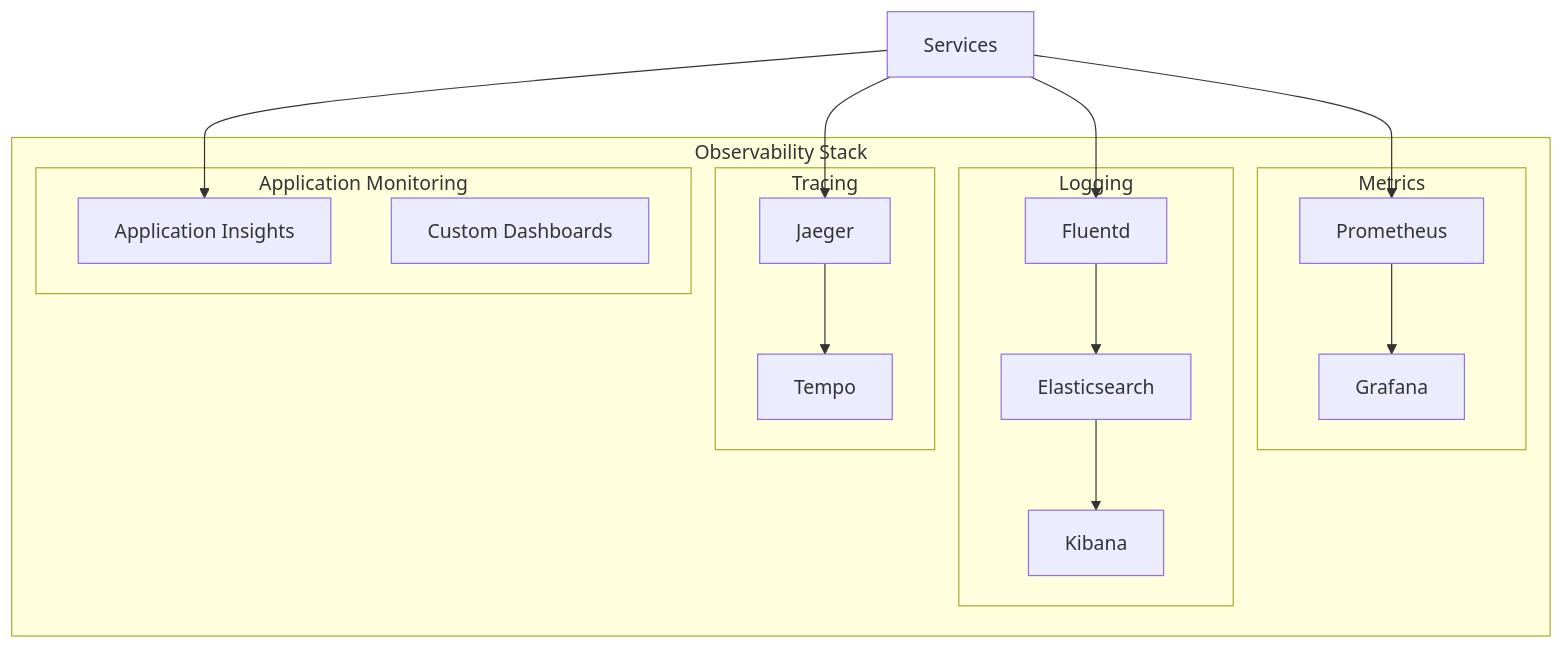
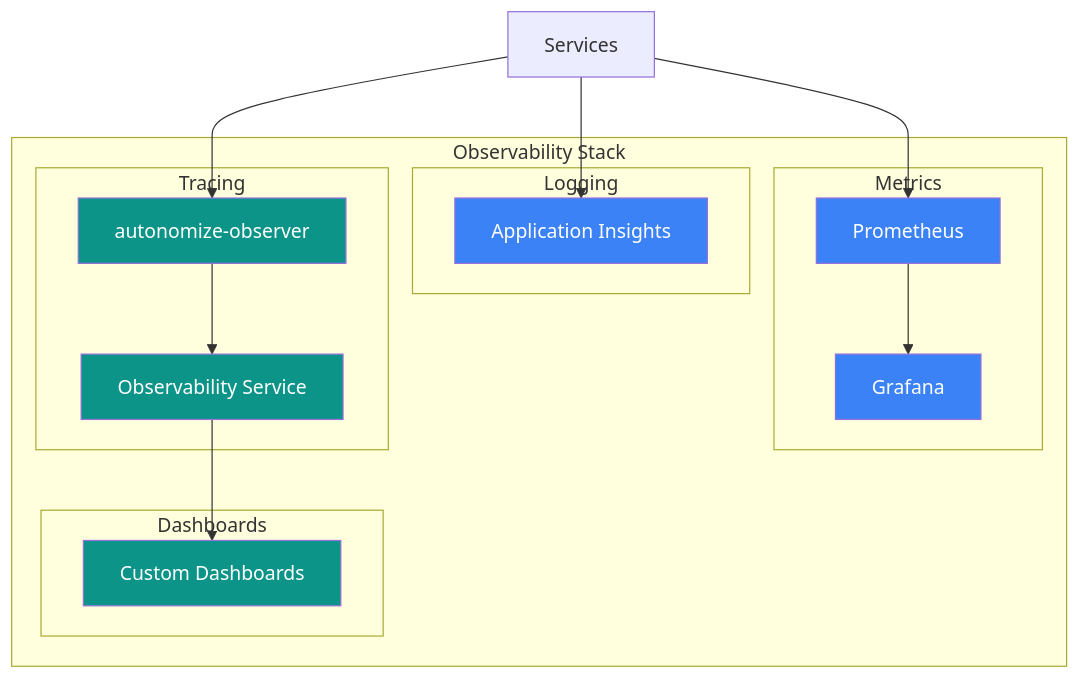
One commit to mlflow/mlflow changed diagram 16 of 17 in GENESIS_PLATFORM_MICROSERVICES_ARCHITECTURE.md. Above: the diagram before and after it, drawn with Mermaid. The commit also changed other lines of this file and 1 other file, not shown here.

First line of the commit message:
Simplify microservices architecture and improve diagram visibility

````diff
--- a/GENESIS_PLATFORM_MICROSERVICES_ARCHITECTURE.md
+++ b/GENESIS_PLATFORM_MICROSERVICES_ARCHITECTURE.md
@@ -681,35 +699,37 @@
 ```mermaid
 graph TD
     subgraph "Observability Stack"
         subgraph "Metrics"
             PROM[Prometheus]
             GRAF[Grafana]
         end
         
         subgraph "Logging"
-            FLUENT[Fluentd]
-            ELASTIC[Elasticsearch]
-            KIBANA[Kibana]
+            AI[Application Insights]
         end
         
         subgraph "Tracing"
-            JAEGER[Jaeger]
-            TEMPO[Tempo]
+            OBS[Observability Service]
+            AO[autonomize-observer]
         end
         
-        subgraph "Application Monitoring"
-            APM[Application Insights]
+        subgraph "Dashboards"
             CUSTOM[Custom Dashboards]
         end
     end
     
     Services --> PROM
-    Services --> FLUENT
-    Services --> JAEGER
-    Services --> APM
+    Services --> AI
+    Services --> AO
+    AO --> OBS
     
     PROM --> GRAF
-    FLUENT --> ELASTIC
-    ELASTIC --> KIBANA
-    JAEGER --> TEMPO
+    OBS --> CUSTOM
+    
+    style PROM fill:#3b82f6,color:#fff
+    style GRAF fill:#3b82f6,color:#fff
+    style AI fill:#3b82f6,color:#fff
+    style OBS fill:#0d9488,color:#fff
+    style AO fill:#0d9488,color:#fff
+    style CUSTOM fill:#0d9488,color:#fff
 ```
````
